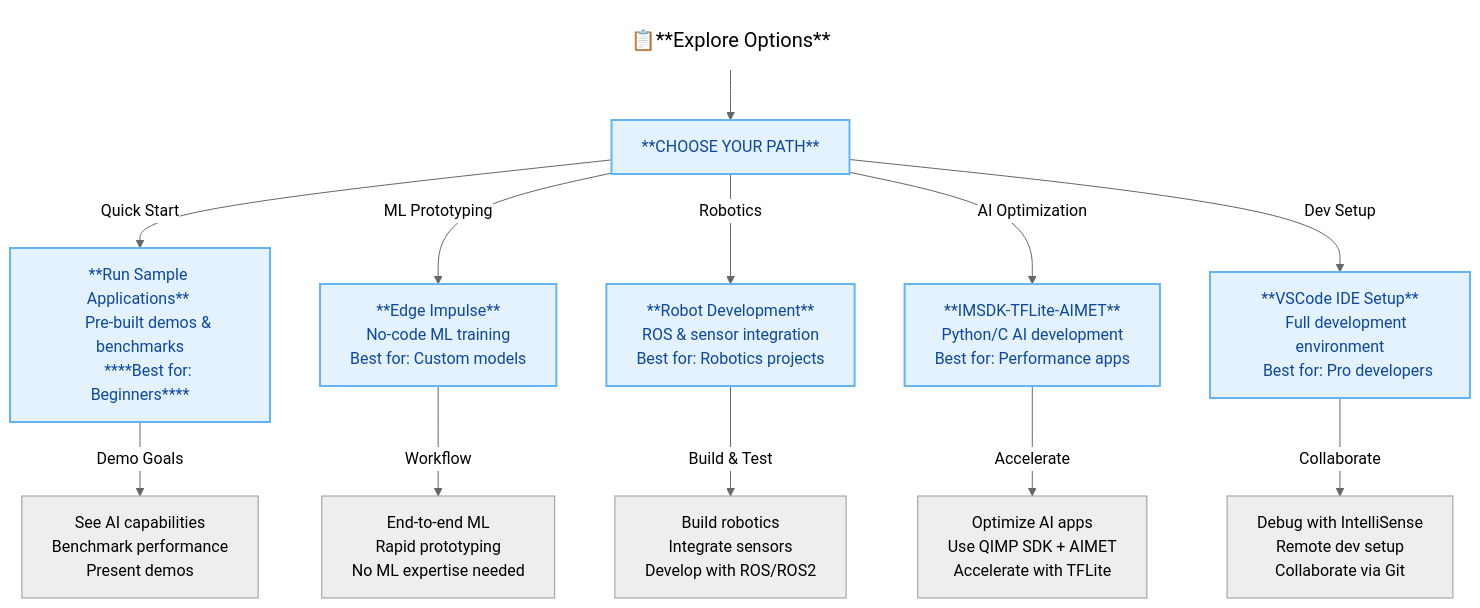
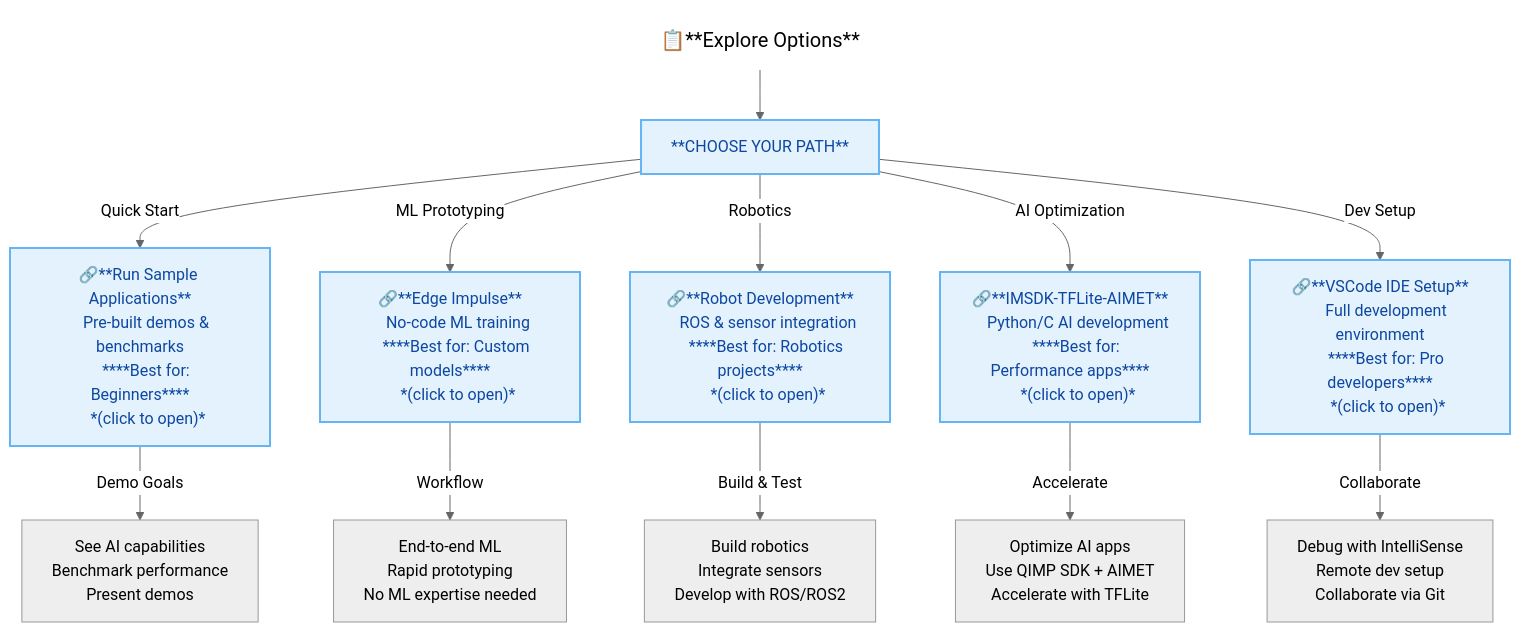
Before and after one commit to hongyang-rp/rubikpi-ubuntu-user-manual-test-en.github.io: the diagram in docs/Document Home/2.AI-workflows/index.md, drawn with Mermaid. The commit also changed other lines of this file, not shown here.

Commit message:
Updated the documentation for AI Developer workflow

````diff
--- a/docs/Document Home/2.AI-workflows/index.md
+++ b/docs/Document Home/2.AI-workflows/index.md
@@ -12,63 +12,68 @@
 ```mermaid
 ---
 config:
   look: classic
   theme: neutral
 ---
 graph TD
     Title[📋**Explore Options**]:::titleStyle
     Title --> B["**CHOOSE YOUR PATH**"]:::rectStyle
-    B -->|Quick Start| C["**Run Sample Applications** 
-     Pre-built demos & benchmarks
-     ****Best for: Beginners****"]:::rectStyle
+    B -->|Quick Start| C["🔗**Run Sample Applications**
+    Pre-built demos & benchmarks
+    ****Best for: Beginners****
+    *(click to open)*"]:::rectStyle
 
-    B -->|ML Prototyping| D["**Edge Impulse**
+    B -->|ML Prototyping| D["🔗**Edge Impulse**
     No-code ML training
-    Best for: Custom models"]:::rectStyle
+    ****Best for: Custom models****
+    *(click to open)*"]:::rectStyle
 
-    B -->|Robotics| E["**Robot Development**
+    B -->|Robotics| E["🔗**Robot Development**
     ROS & sensor integration
-    Best for: Robotics projects"]:::rectStyle
+    ****Best for: Robotics projects****
+    *(click to open)*"]:::rectStyle
 
-    B -->|AI Optimization| F["**IMSDK-TFLite-AIMET**
+    B -->|AI Optimization| F["🔗**IMSDK-TFLite-AIMET**
     Python/C AI development
-    Best for: Performance apps"]:::rectStyle
+    ****Best for: Performance apps****
+    *(click to open)*"]:::rectStyle
 
-    B -->|Dev Setup| G["**VSCode IDE Setup**
+    B -->|Dev Setup| G["🔗**VSCode IDE Setup**
     Full development environment
-    Best for: Pro developers"]:::rectStyle
+    ****Best for: Pro developers****
+    *(click to open)*"]:::rectStyle
 
     C -->|Demo Goals| C1["See AI capabilities
     Benchmark performance
     Present demos"]
 
     D -->|Workflow| D1["End-to-end ML
     Rapid prototyping
     No ML expertise needed"]
 
     E -->|Build & Test| E1["Build robotics
     Integrate sensors
     Develop with ROS/ROS2"]
 
     F -->|Accelerate| F1["Optimize AI apps
     Use QIMP SDK + AIMET
     Accelerate with TFLite"]
 
     G -->|Collaborate| G1["Debug with IntelliSense
     Remote dev setup
     Collaborate via Git"]
 
 
     
     classDef titleStyle fill:transparent,stroke:transparent,font-size:20px
     classDef rectStyle fill:#e3f2fd,stroke:#64b5f6,stroke-width:2px,color:#0d47a1
     class Title titleStyle
     class C,D,E,F,G pathNodes
     class C1,D1,E1,F1,G1 detailNodes
 
     click C "./litert-opencv-workflow" "_self";
     click D "./Edge-Impulse" "_self";
     click E "../Robot-development" "_self";
     click F "./Run-sample-applications" "_self";
     click G "https://docs.qualcomm.com/bundle/publicresource/topics/80-79972-1/getting_started.html" "_self";
 ```
````
